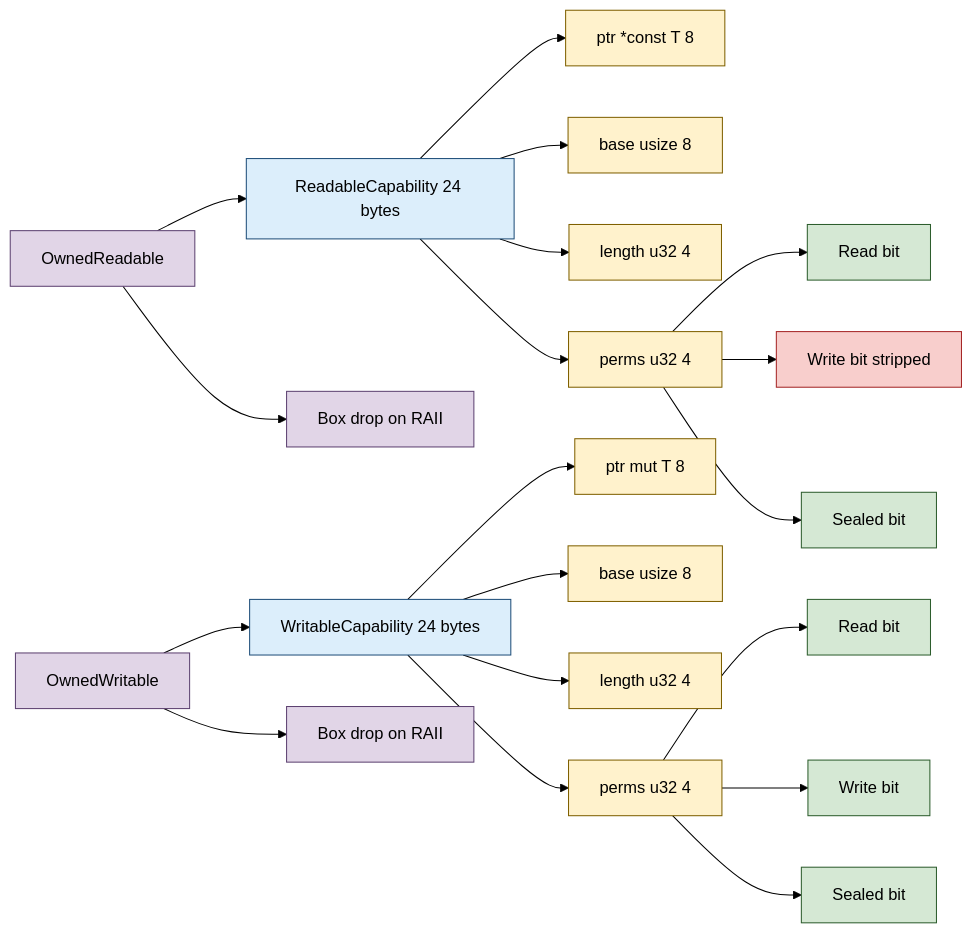
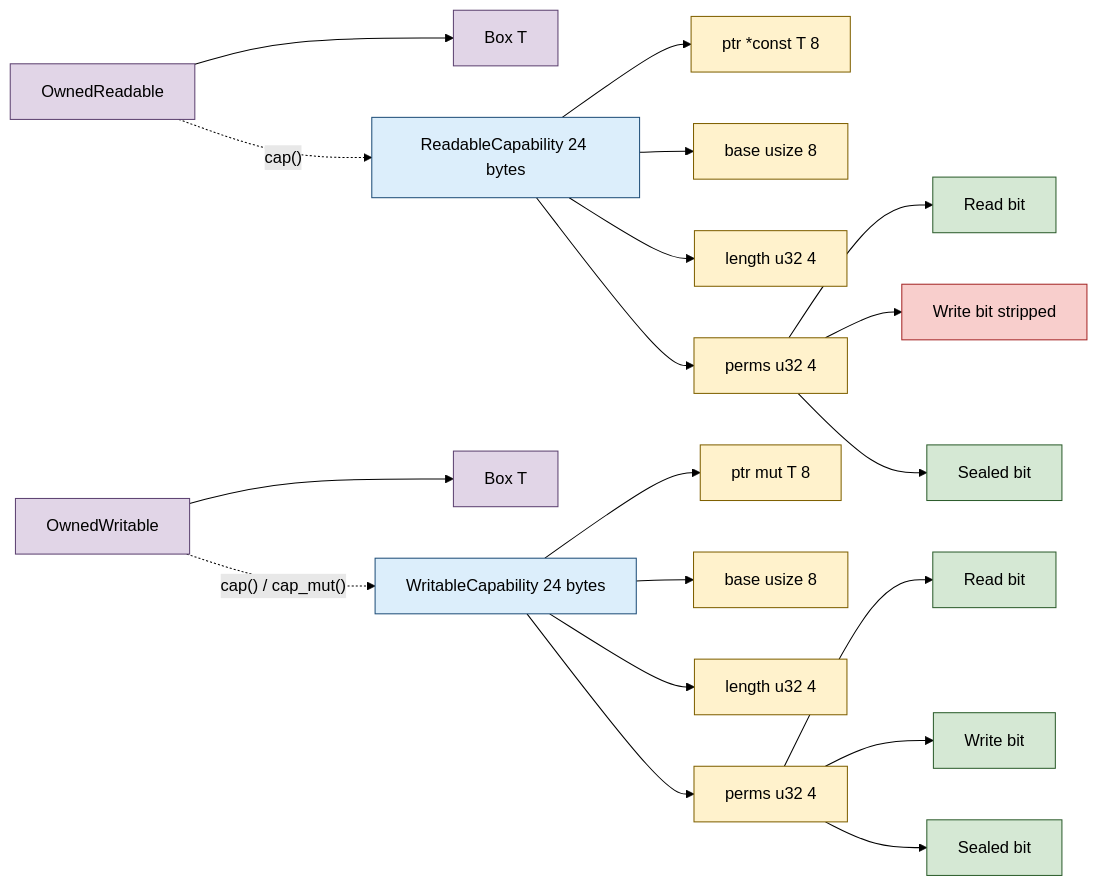
One commit to Variably-Constant/SubEtha changed the diagram in wiki/content/docs/reference/subetha-pointers/bounds-check/cheri-capability.md. Above: the diagram before and after it, drawn with Mermaid (forest theme). The commit also changed other lines of this file and 471 other files, not shown here.

````diff
--- a/wiki/content/docs/reference/subetha-pointers/bounds-check/cheri-capability.md
+++ b/wiki/content/docs/reference/subetha-pointers/bounds-check/cheri-capability.md
@@ -194,31 +182,31 @@
 ```mermaid
 flowchart LR
     A[ReadableCapability 24 bytes] --> A1[ptr *const T 8]
     A --> A2[base usize 8]
     A --> A3[length u32 4]
     A --> A4[perms u32 4]
     A4 --> A4a[Read bit]
     A4 --> A4b["Write bit stripped"]
     A4 --> A4c[Sealed bit]
     B[WritableCapability 24 bytes] --> B1[ptr mut T 8]
     B --> B2[base usize 8]
     B --> B3[length u32 4]
     B --> B4[perms u32 4]
     B4 --> B4a[Read bit]
     B4 --> B4b[Write bit]
     B4 --> B4c[Sealed bit]
-    C[OwnedReadable] --> A
-    D[OwnedWritable] --> B
-    C --> Cd[Box drop on RAII]
-    D --> Dd[Box drop on RAII]
+    C[OwnedReadable] --> Cb[Box T]
+    D[OwnedWritable] --> Db[Box T]
+    C -. "cap()" .-> A
+    D -. "cap() / cap_mut()" .-> B
     classDef cap fill:#dceefb,stroke:#1f4e79,color:#000
     classDef field fill:#fff2cc,stroke:#7f6000,color:#000
     classDef perm fill:#d5e8d4,stroke:#2d5d2d,color:#000
     classDef strip fill:#f8cecc,stroke:#a52626,color:#000
     classDef owned fill:#e1d5e7,stroke:#5d4271,color:#000
     class A,B cap
     class A1,A2,A3,A4,B1,B2,B3,B4 field
     class A4a,A4c,B4a,B4b,B4c perm
     class A4b strip
-    class C,D,Cd,Dd owned
+    class C,D,Cb,Db owned
 ```
````
